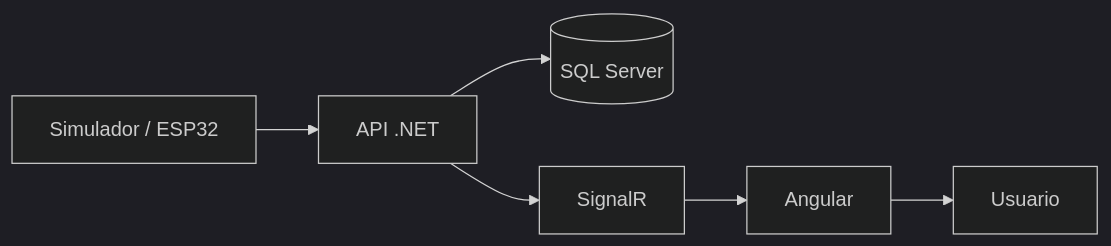
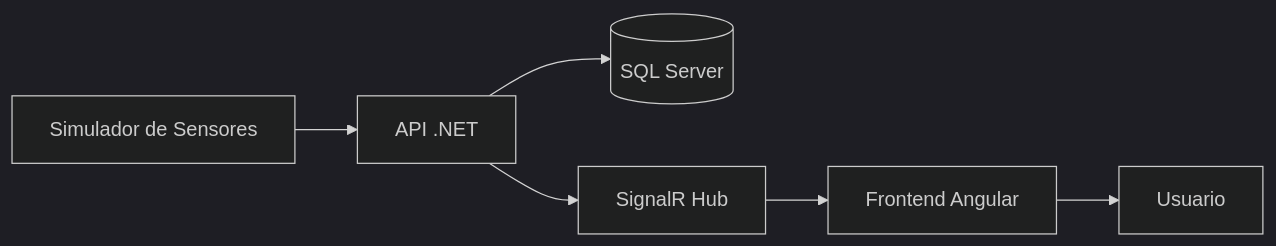
One commit to acifuinaMar/ClimGuard changed the diagram in docs/DOC-01-Introduccion.md. Above: the diagram before and after it, drawn with Mermaid (dark theme). The commit also changed other lines of this file and 15 other files, not shown here.

````diff
--- a/docs/DOC-01-Introduccion.md
+++ b/docs/DOC-01-Introduccion.md
@@ -92,13 +100,13 @@
 ```mermaid
 flowchart LR
 
-A[Simulador / ESP32] --> B[API .NET]
+A[Simulador de Sensores] --> B[API .NET]
 
 B --> C[(SQL Server)]
 
-B --> D[SignalR]
+B --> D[SignalR Hub]
 
-D --> E[Angular]
+D --> E[Frontend Angular]
 
 E --> F[Usuario]
 ```
````
